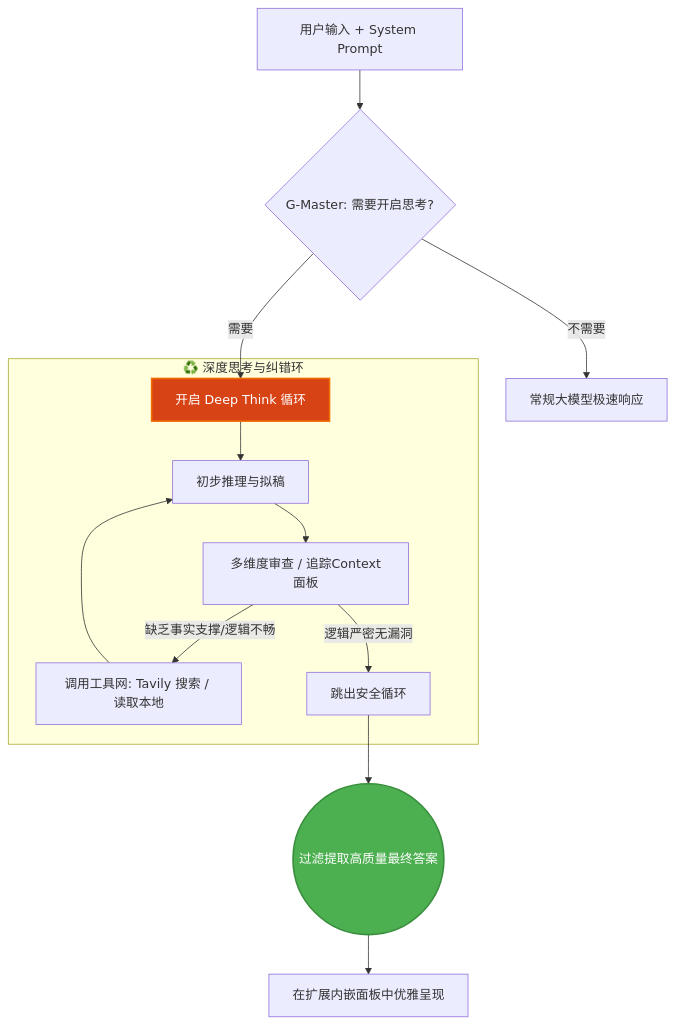
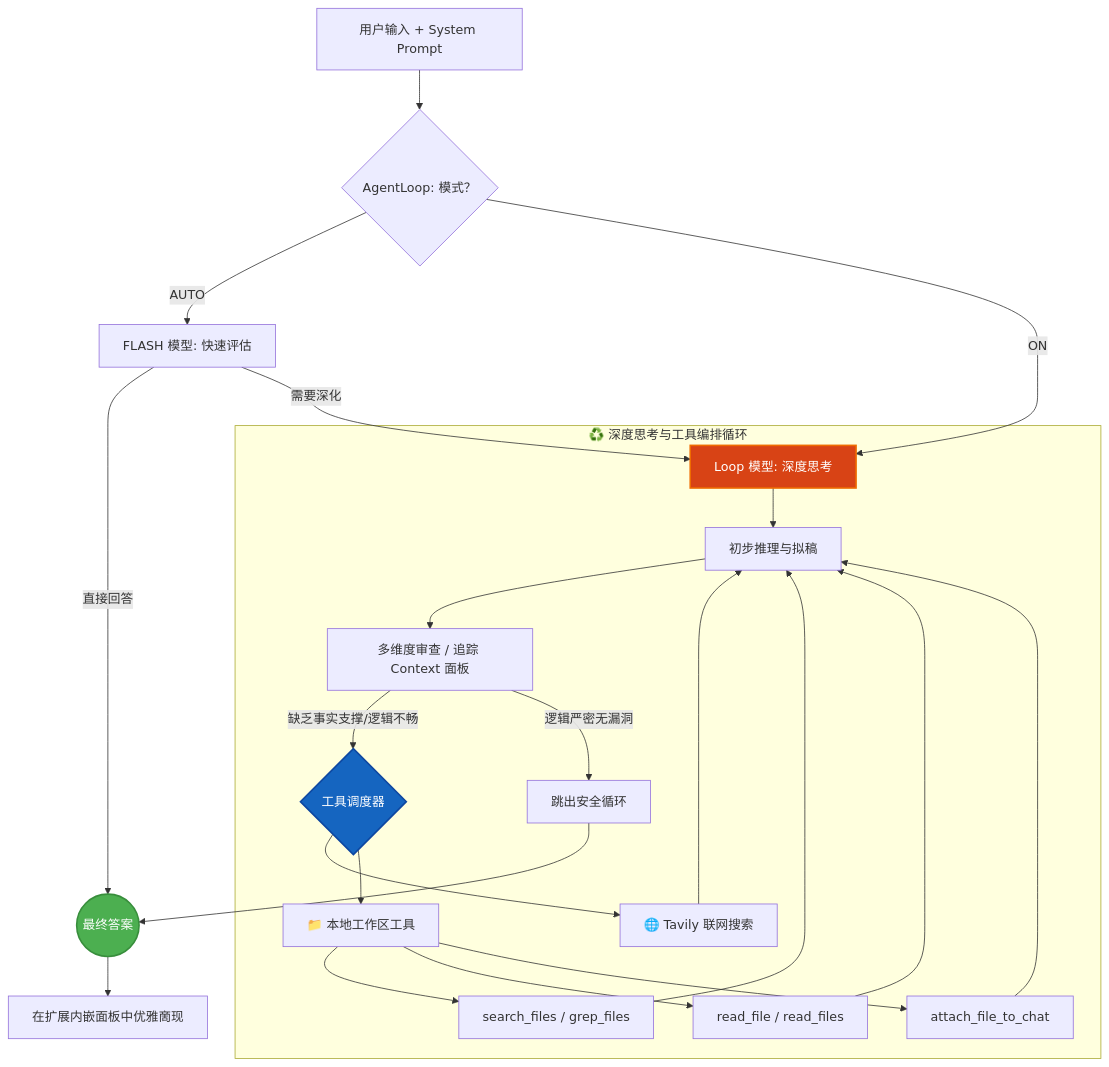
The diagram in README_CN.md (LiWeny16/G-Master), drawn with Mermaid before and after one commit. The commit also changed other lines of this file and 1 other file, not shown here.

Commit message:
docs: update README to reflect v1.3.1 features and architecture

````diff
--- a/README_CN.md
+++ b/README_CN.md
@@ -108,20 +116,28 @@
 ```mermaid
 graph TD
-    A[用户输入 + System Prompt] --> B{G-Master: 需要开启思考?}
-    B -- 不需要 --> C[常规大模型极速响应]
-    B -- 需要 --> D[开启 Deep Think 循环]
-    
-    subgraph Loop [♻️ 深度思考与纠错环]
+    A[用户输入 + System Prompt] --> B{AgentLoop: 模式？}
+    B -- AUTO --> C[FLASH 模型: 快速评估]
+    B -- ON --> D[Loop 模型: 深度思考]
+    C -- 直接回答 --> Z((最终答案))
+    C -- 需要深化 --> D
+
+    subgraph Loop [♻️ 深度思考与工具编排循环]
     D --> E[初步推理与拟稿]
-    E --> F[多维度审查 / 追踪Context面板]
-    F --> |缺乏事实支撑/逻辑不畅| G[调用工具网: Tavily 搜索 / 读取本地]
-    G --> E
+    F --> |缺乏事实支撑/逻辑不畅| G{工具调度器}
+    E --> F[多维度审查 / 追踪 Context 面板]
+    G --> G1[🌐 Tavily 联网搜索]
+    G --> G2[📁 本地工作区工具]
+    G2 --> G2a[search_files / grep_files]
+    G2 --> G2b[read_file / read_files]
+    G2 --> G2c[attach_file_to_chat]
+    G1 & G2a & G2b & G2c --> E
     F --> |逻辑严密无漏洞| H[跳出安全循环]
     end
-    
-    H --> I((过滤提取高质量最终答案))
-    I --> J[在扩展内嵌面板中优雅呈现]
-    
-    style I fill:#4CAF50,stroke:#388E3C,stroke-width:2px,color:#fff
+
+    H --> Z
+    Z --> J[在扩展内嵌面板中优雅啇现]
+
+    style Z fill:#4CAF50,stroke:#388E3C,stroke-width:2px,color:#fff
     style D fill:#D84315,stroke:#EF6C00,stroke-width:2px,color:#fff
+    style G fill:#1565C0,stroke:#0D47A1,stroke-width:2px,color:#fff
 ```
````
